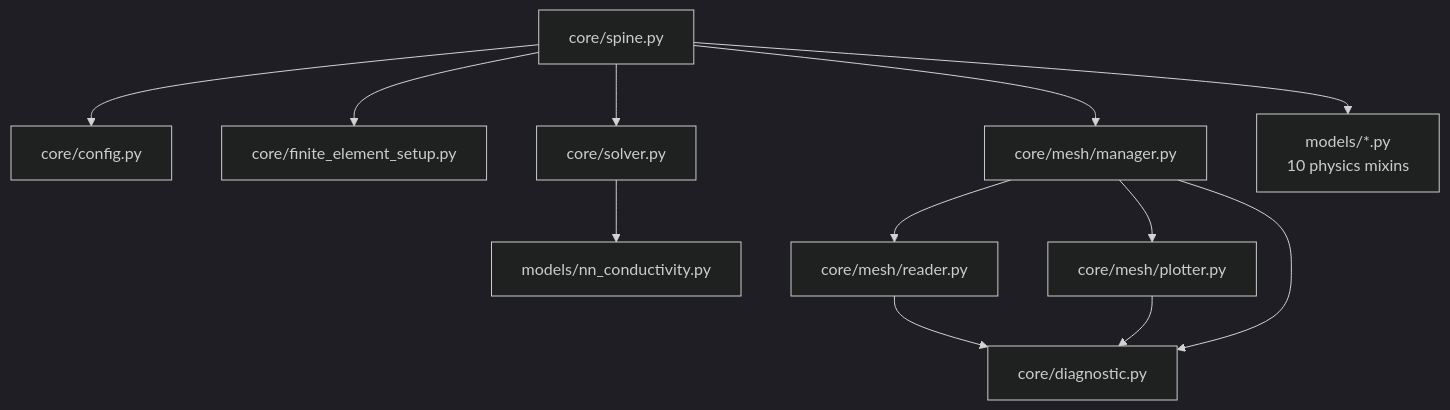
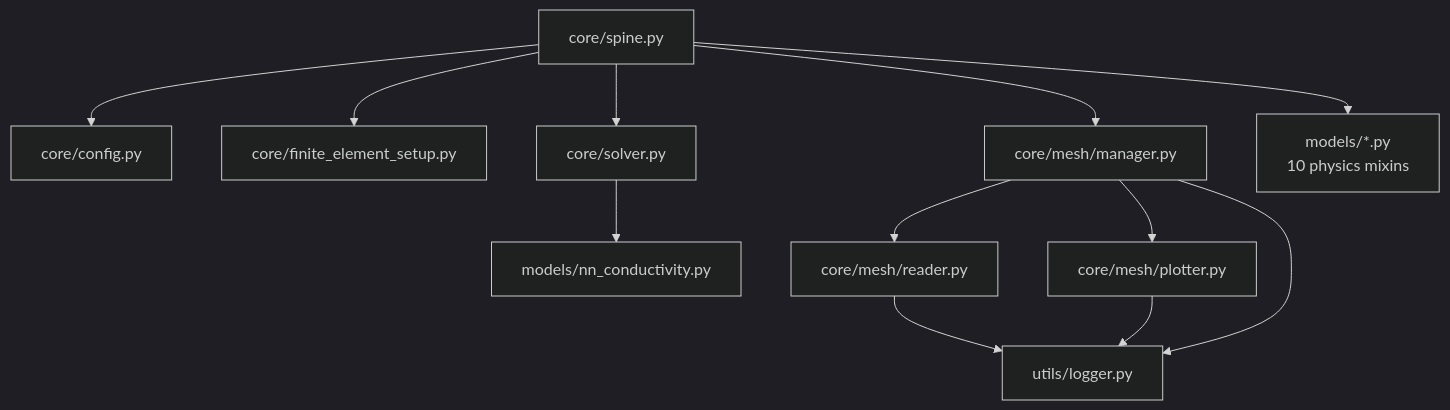
One commit to giozu/z3st changed the second of 2 diagrams in docs/source/architecture.md. Above: the diagram before and after it, drawn with Mermaid (dark theme). The commit also changed 11 other files, not shown here.

````diff
--- a/docs/source/architecture.md
+++ b/docs/source/architecture.md
@@ -149,14 +149,14 @@
 ```mermaid
 flowchart TD
   spine[core/spine.py] --> config[core/config.py]
   spine --> fes[core/finite_element_setup.py]
   spine --> solver[core/solver.py]
   spine --> manager[core/mesh/manager.py]
   spine --> models[models/*.py<br/>10 physics mixins]
   manager --> reader[core/mesh/reader.py]
   manager --> plotter[core/mesh/plotter.py]
-  manager --> diagnostic[core/diagnostic.py]
-  reader --> diagnostic
-  plotter --> diagnostic
+  manager --> logging[utils/logger.py]
+  reader --> logging
+  plotter --> logging
   solver --> nn[models/nn_conductivity.py]
 ```
````
